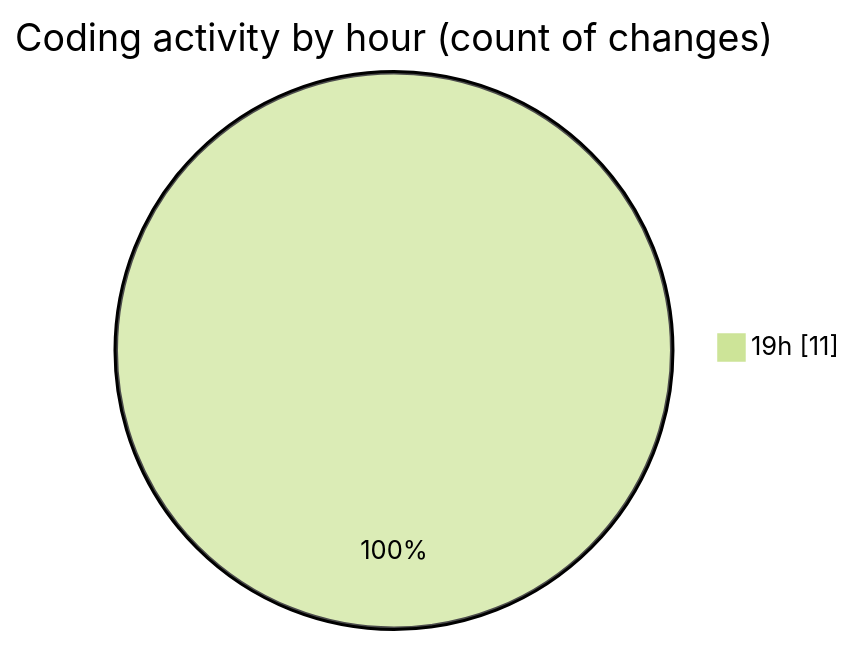
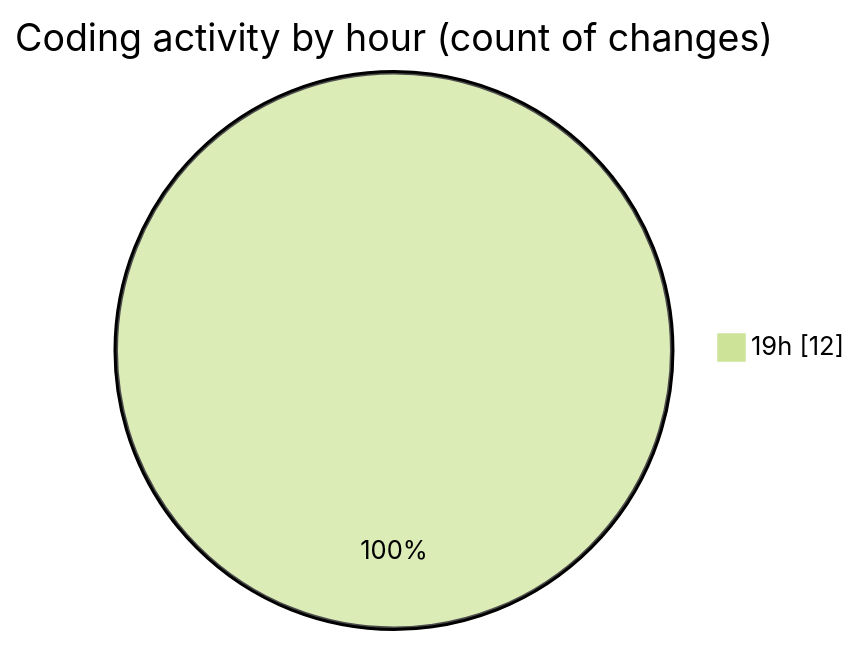
Before and after one commit to JenPaints/code-tracking: the second of 2 diagrams in 2025-06-20/archive/README.md, drawn with Mermaid (forest theme). The commit also changed other lines of this file and 1 other file, not shown here.

````diff
--- a/2025-06-20/archive/README.md
+++ b/2025-06-20/archive/README.md
@@ -37,5 +39,5 @@
 ```mermaid
 pie showData
 title Coding activity by hour (count of changes)
-"19h" : 11
+"19h" : 12
 ```
````
